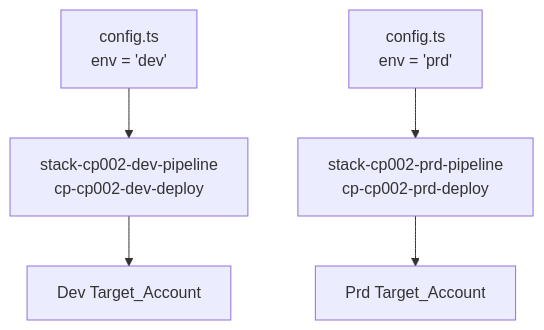
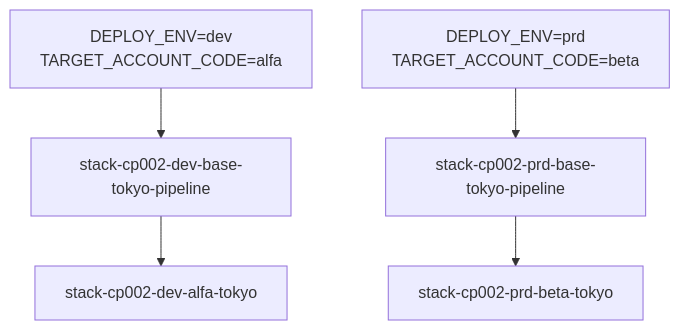
The third of 3 diagrams in .kiro/specs/cdk-pipeline-sample/design.md (m-kotaro/cdk-pipeline-002), drawn with Mermaid before and after one commit. The commit also changed other lines of this file and 11 other files, not shown here.

````diff
--- a/.kiro/specs/cdk-pipeline-sample/design.md
+++ b/.kiro/specs/cdk-pipeline-sample/design.md
@@ -85,11 +79,11 @@
 ```mermaid
 graph TD
-    Config["config.ts<br/>env = 'dev'"]
-    ConfigPrd["config.ts<br/>env = 'prd'"]
+    EnvDev["DEPLOY_ENV=dev<br/>TARGET_ACCOUNT_CODE=alfa"]
+    EnvPrd["DEPLOY_ENV=prd<br/>TARGET_ACCOUNT_CODE=beta"]
 
-    Config --> DevPipeline["stack-cp002-dev-pipeline<br/>cp-cp002-dev-deploy"]
-    ConfigPrd --> PrdPipeline["stack-cp002-prd-pipeline<br/>cp-cp002-prd-deploy"]
+    EnvDev --> DevPipeline["stack-cp002-dev-base-tokyo-pipeline"]
+    EnvPrd --> PrdPipeline["stack-cp002-prd-base-tokyo-pipeline"]
 
-    DevPipeline --> DevTarget["Dev Target_Account"]
-    PrdPipeline --> PrdTarget["Prd Target_Account"]
+    DevPipeline --> DevTarget["stack-cp002-dev-alfa-tokyo"]
+    PrdPipeline --> PrdTarget["stack-cp002-prd-beta-tokyo"]
 ```
````
